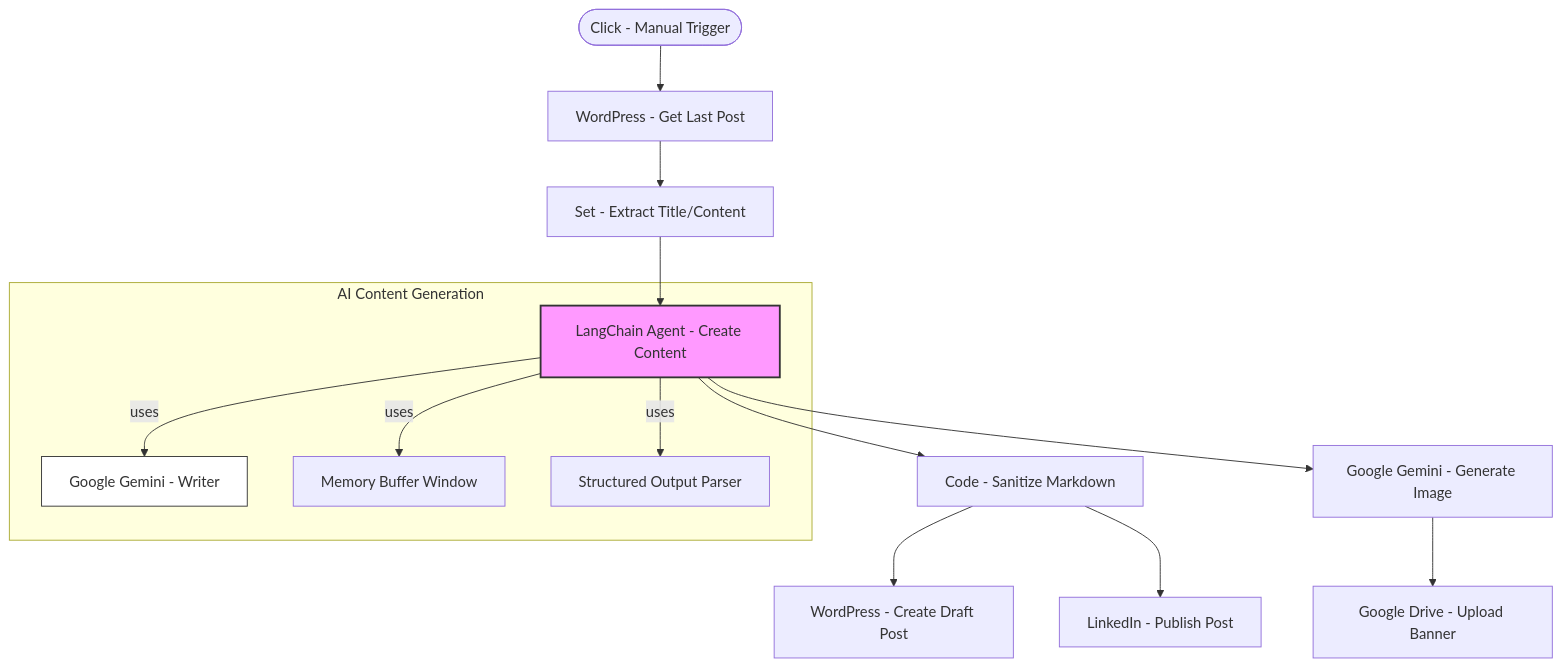
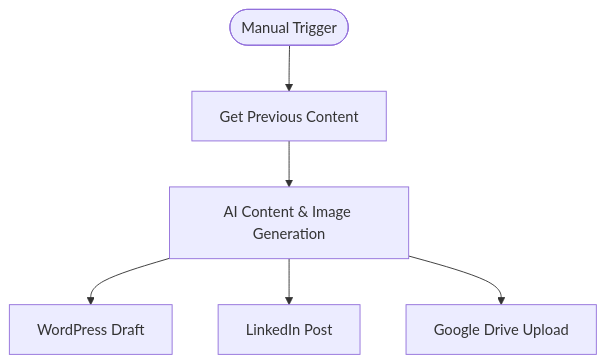
Before and after one commit to beydah/N8N_AI-Agent_Content-Creator: the diagram in agent/contect_creator/README.md, drawn with Mermaid. The commit also changed other lines of this file and 4 other files, not shown here.

Commit message:
docs: Add a comprehensive project wiki and dedicated documentation for the Content Writer agent, while updating repository links and security contact information.

````diff
--- a/agent/contect_creator/README.md
+++ b/agent/contect_creator/README.md
@@ -18,22 +18,8 @@
 ```mermaid
 graph TD
-    Trigger([Click - Manual Trigger]) --> GetPost[WordPress - Get Last Post]
-    GetPost --> GetContent[Set - Extract Title/Content]
-    GetContent --> AIWriter[LangChain Agent - Create Content]
-    
-    subgraph "AI Content Generation"
-        AIWriter -- "uses" --> GeminiWriter[Google Gemini - Writer]
-        AIWriter -- "uses" --> Memory[Memory Buffer Window]
-        AIWriter -- "uses" --> OutputParser[Structured Output Parser]
-    end
-
-    AIWriter --> ClearContent[Code - Sanitize Markdown]
-    AIWriter --> Designer[Google Gemini - Generate Image]
-
-    ClearContent --> CreateBlog[WordPress - Create Draft Post]
-    ClearContent --> CreatePost[LinkedIn - Publish Post]
-    Designer --> UploadDrive[Google Drive - Upload Banner]
-
-    style AIWriter fill:#f9f,stroke:#333,stroke-width:2px
-    style GeminiWriter fill:#fff,stroke:#333,dash-array: 5 5
+    Trigger([Manual Trigger]) --> Context[Get Previous Content]
+    Context --> AI[AI Content & Image Generation]
+    AI --> WordPress[WordPress Draft]
+    AI --> LinkedIn[LinkedIn Post]
+    AI --> Drive[Google Drive Upload]
 ```
````
